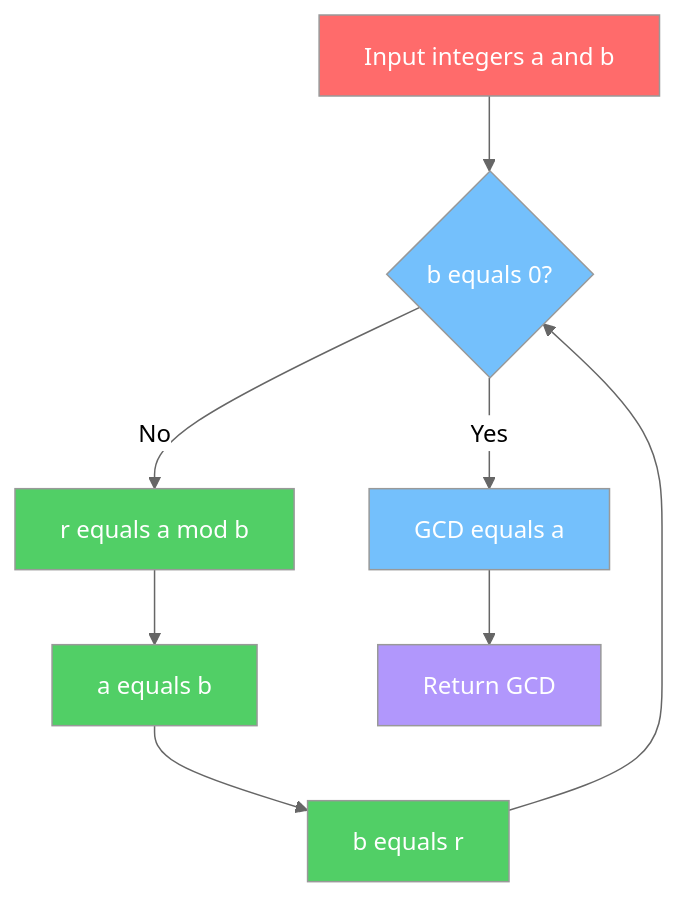
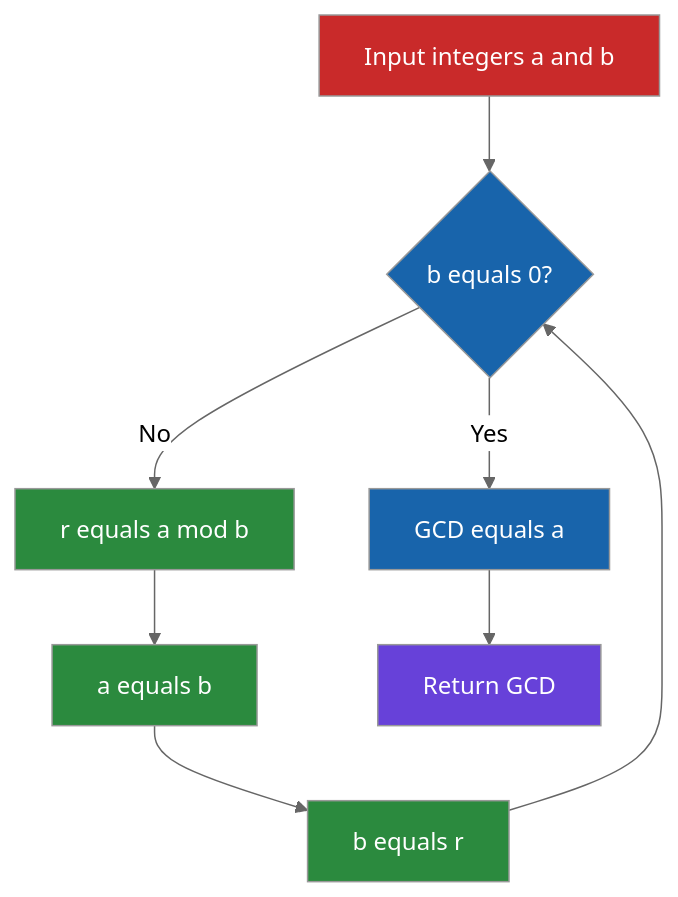
Before and after one commit to garywelz/progframe: the first of 8 diagrams in collaborations/mathematics-database/algorithms-axiomatic-theories-proofs-revised.md, drawn with Mermaid (neutral theme). The commit also changed other lines of this file and 13 other files, not shown here.

First line of the commit message:
Improve figure contrast and label size in math paper PDF

````diff
--- a/collaborations/mathematics-database/algorithms-axiomatic-theories-proofs-revised.md
+++ b/collaborations/mathematics-database/algorithms-axiomatic-theories-proofs-revised.md
@@ -124,17 +124,17 @@
 ```mermaid
 flowchart TD
     A["Input integers a and b"] --> B{"b equals 0?"}
     B -->|Yes| C["GCD equals a"]
     B -->|No| D["r equals a mod b"]
     D --> E["a equals b"]
     E --> F["b equals r"]
     F --> B
     C --> G["Return GCD"]
-    style A fill:#ff6b6b,color:#fff
-    style B fill:#74c0fc,color:#fff
-    style C fill:#74c0fc,color:#fff
-    style D fill:#51cf66,color:#fff
-    style E fill:#51cf66,color:#fff
-    style F fill:#51cf66,color:#fff
-    style G fill:#b197fc,color:#fff
+    style A fill:#c92a2a,color:#fff
+    style B fill:#1864ab,color:#fff
+    style C fill:#1864ab,color:#fff
+    style D fill:#2b8a3e,color:#fff
+    style E fill:#2b8a3e,color:#fff
+    style F fill:#2b8a3e,color:#fff
+    style G fill:#6741d9,color:#fff
 ```
````
